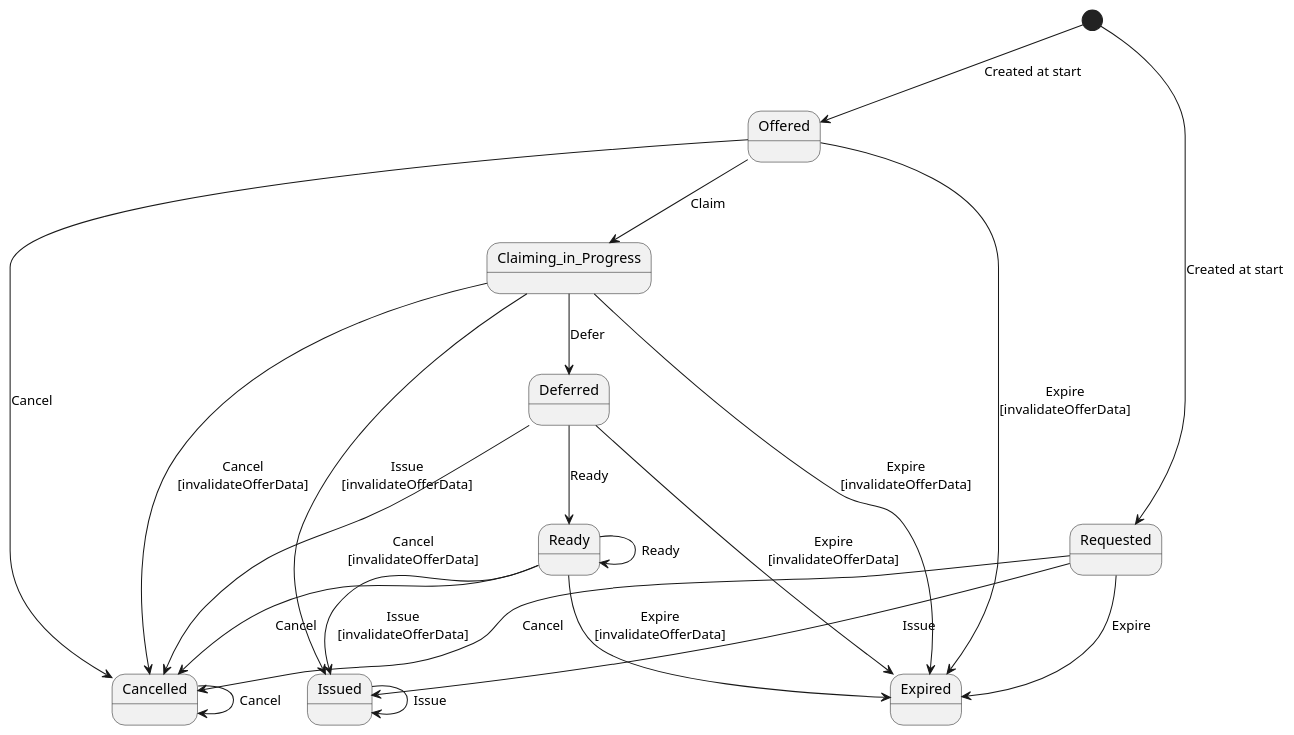
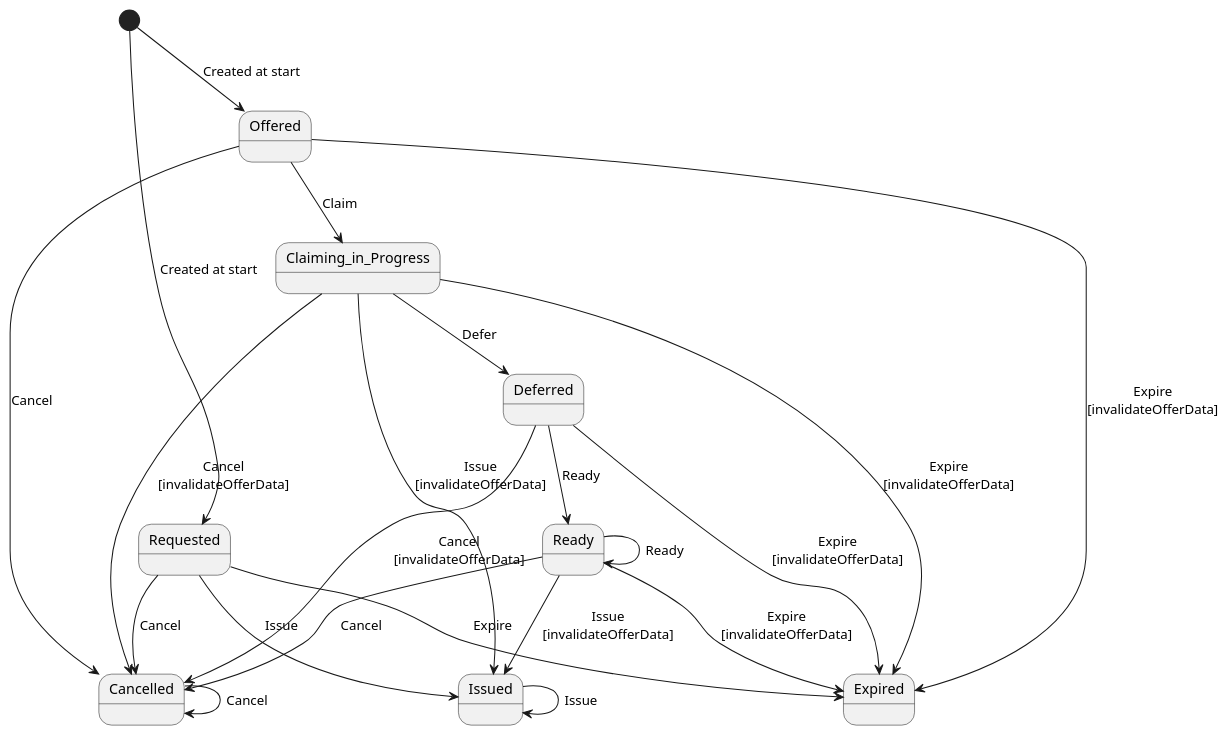
The diagram in issuer-service/src/main/resources/plantuml/credentialOfferStateMachine.puml (swiyu-admin-ch/swiyu-issuer), drawn with PlantUML before and after one commit. The commit also changed other lines of this file and 6 other files, not shown here.

```diff
--- a/issuer-service/src/main/resources/plantuml/credentialOfferStateMachine.puml
+++ b/issuer-service/src/main/resources/plantuml/credentialOfferStateMachine.puml
@@ -1,31 +1,31 @@
 @startuml
 state Expired
+state Cancelled
+state Deferred
+state Requested
+state Offered
 state Issued
-state Deferred
-state Offered
-state Requested
-state Cancelled
+state Ready
 state Claiming_in_Progress
-state Ready
 [*] --> Offered : Created at start
 [*] --> Requested : Created at start
 Requested --> Issued : Issue
 Requested --> Cancelled : Cancel
 Requested --> Expired : Expire
 Offered --> Cancelled : Cancel
 Offered --> Expired : Expire\n[invalidateOfferData]
 Offered --> Claiming_in_Progress : Claim
 Claiming_in_Progress --> Expired : Expire\n[invalidateOfferData]
 Claiming_in_Progress --> Deferred : Defer
 Claiming_in_Progress --> Issued : Issue\n[invalidateOfferData]
 Claiming_in_Progress --> Cancelled : Cancel\n[invalidateOfferData]
 Deferred --> Ready : Ready
 Deferred --> Expired : Expire\n[invalidateOfferData]
 Deferred --> Cancelled : Cancel\n[invalidateOfferData]
 Ready --> Issued : Issue\n[invalidateOfferData]
 Ready --> Expired : Expire\n[invalidateOfferData]
 Ready --> Cancelled : Cancel
 Ready --> Ready : Ready
 Issued --> Issued : Issue
 Cancelled --> Cancelled : Cancel
 @enduml
```
